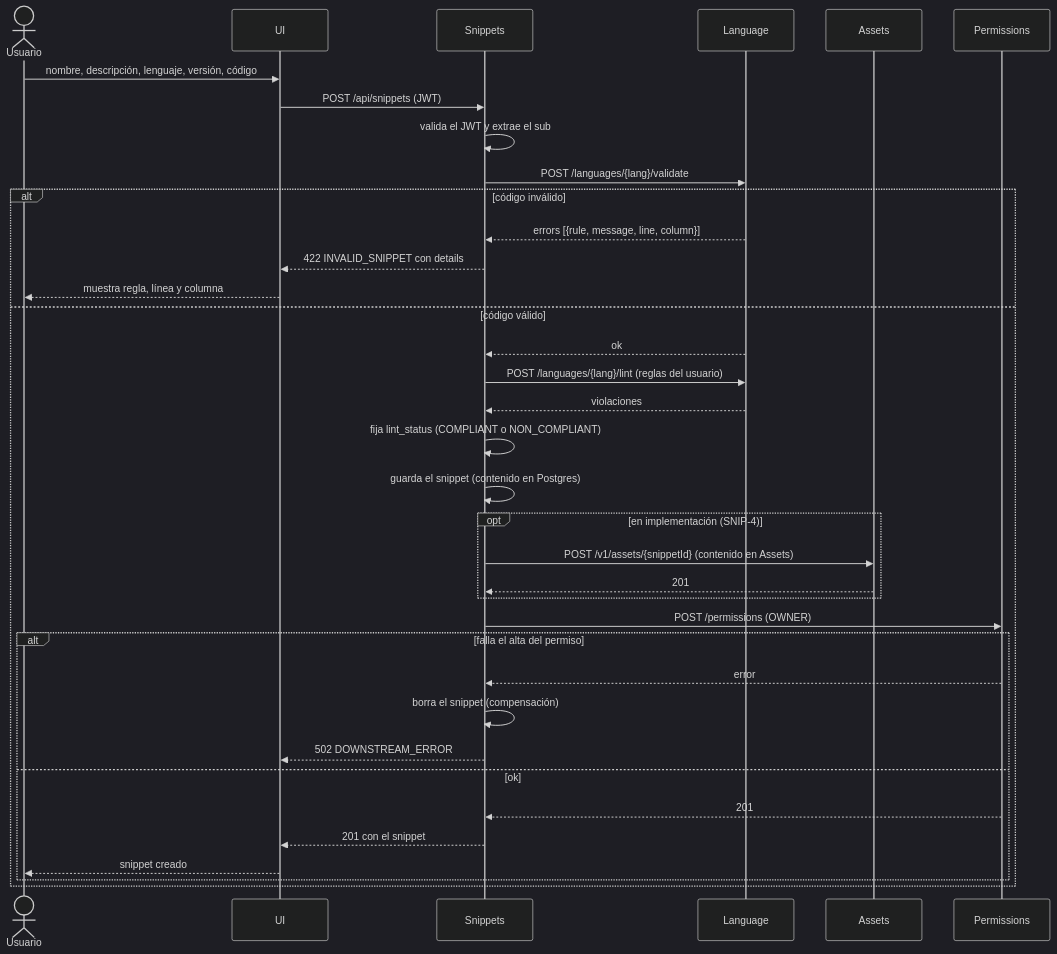
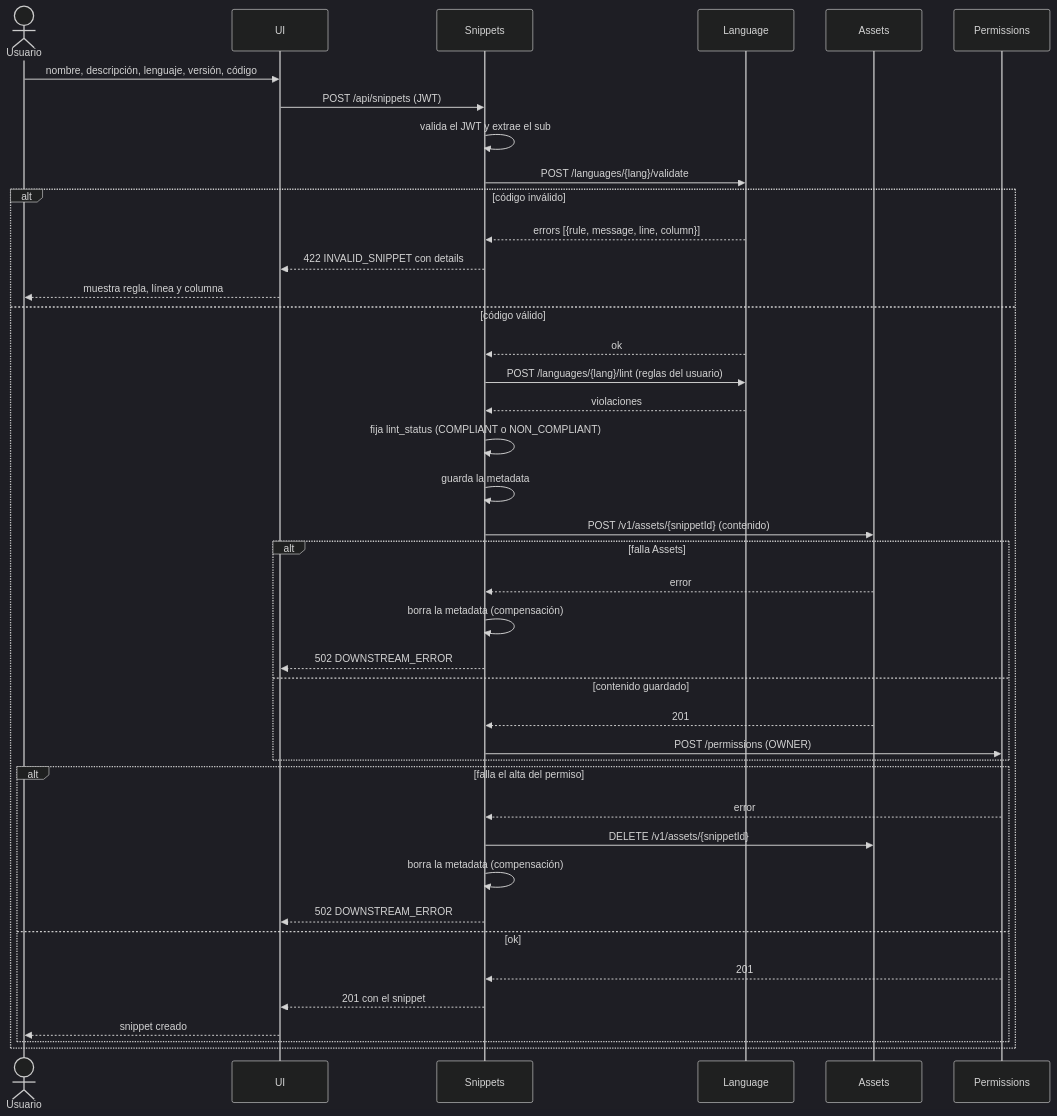
The first of 6 diagrams in docs/secuencias.md (TP1-2-INGSIS/snippet-searcher-infra), drawn with Mermaid (dark theme) before and after one commit. The commit also changed other lines of this file and 3 other files, not shown here.

````diff
--- a/docs/secuencias.md
+++ b/docs/secuencias.md
@@ -9,39 +9,44 @@
 ```mermaid
 sequenceDiagram
     actor U as Usuario
     participant UI as UI
     participant S as Snippets
     participant L as Language
     participant A as Assets
     participant P as Permissions
 
     U->>UI: nombre, descripción, lenguaje, versión, código
     UI->>S: POST /api/snippets (JWT)
     S->>S: valida el JWT y extrae el sub
     S->>L: POST /languages/{lang}/validate
     alt código inválido
         L-->>S: errors [{rule, message, line, column}]
         S-->>UI: 422 INVALID_SNIPPET con details
         UI-->>U: muestra regla, línea y columna
     else código válido
         L-->>S: ok
         S->>L: POST /languages/{lang}/lint (reglas del usuario)
         L-->>S: violaciones
         S->>S: fija lint_status (COMPLIANT o NON_COMPLIANT)
-        S->>S: guarda el snippet (contenido en Postgres)
-        opt en implementación (SNIP-4)
-            S->>A: POST /v1/assets/{snippetId} (contenido en Assets)
+        S->>S: guarda la metadata
+        S->>A: POST /v1/assets/{snippetId} (contenido)
+        alt falla Assets
+            A-->>S: error
+            S->>S: borra la metadata (compensación)
+            S-->>UI: 502 DOWNSTREAM_ERROR
+        else contenido guardado
             A-->>S: 201
+            S->>P: POST /permissions (OWNER)
         end
-        S->>P: POST /permissions (OWNER)
         alt falla el alta del permiso
             P-->>S: error
-            S->>S: borra el snippet (compensación)
+            S->>A: DELETE /v1/assets/{snippetId}
+            S->>S: borra la metadata (compensación)
             S-->>UI: 502 DOWNSTREAM_ERROR
         else ok
             P-->>S: 201
             S-->>UI: 201 con el snippet
             UI-->>U: snippet creado
         end
     end
 ```
````
